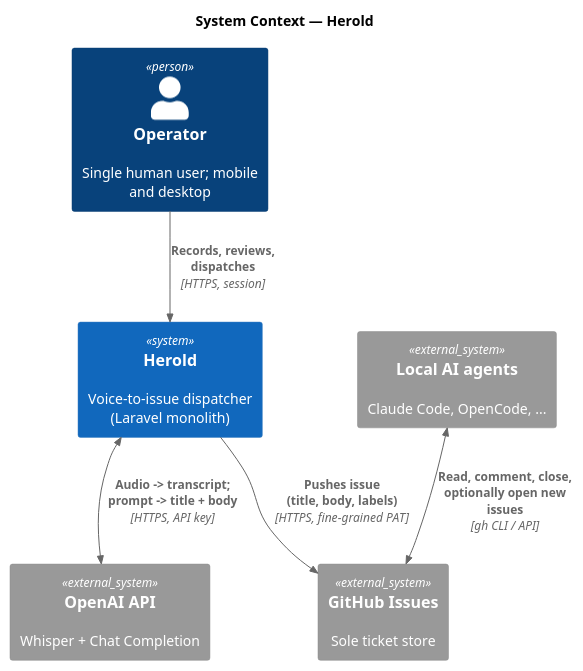
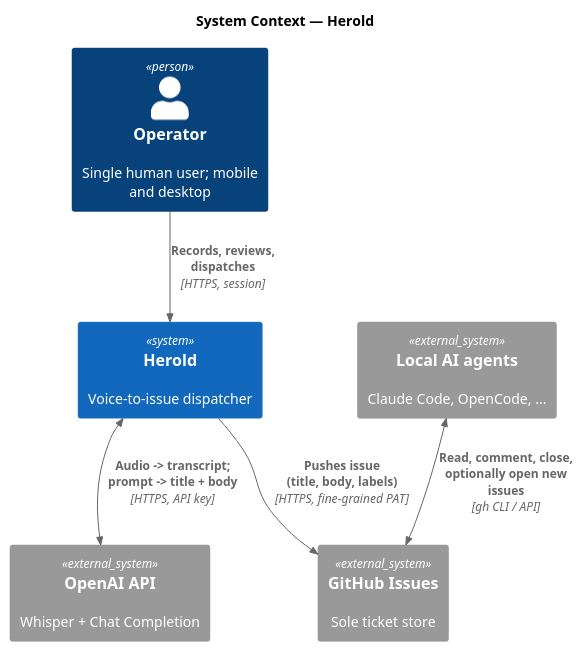
The diagram in docs/spec/diagrams/p2-system-context.plantuml (carstenlucke/herold), drawn with PlantUML before and after one commit. The commit also changed 9 other files, not shown here.

```diff
--- a/docs/spec/diagrams/p2-system-context.plantuml
+++ b/docs/spec/diagrams/p2-system-context.plantuml
@@ -1,19 +1,19 @@
 @startuml p2-system-context
 !include https://raw.githubusercontent.com/plantuml-stdlib/C4-PlantUML/master/C4_Context.puml
 
 title System Context — Herold
 
 Person(operator, "Operator", "Single human user; mobile and desktop")
 
-System(herold, "Herold", "Voice-to-issue dispatcher (Laravel monolith)")
+System(herold, "Herold", "Voice-to-issue dispatcher")
 
 System_Ext(openai, "OpenAI API", "Whisper + Chat Completion")
 System_Ext(github, "GitHub Issues", "Sole ticket store")
 System_Ext(agents, "Local AI agents", "Claude Code, OpenCode, ...")
 
 Rel(operator, herold, "Records, reviews, dispatches", "HTTPS, session")
 BiRel(herold, openai, "Audio -> transcript;\nprompt -> title + body", "HTTPS, API key")
 Rel(herold, github, "Pushes issue\n(title, body, labels)", "HTTPS, fine-grained PAT")
 BiRel(agents, github, "Read, comment, close,\noptionally open new issues", "gh CLI / API")
 
 @enduml
```
